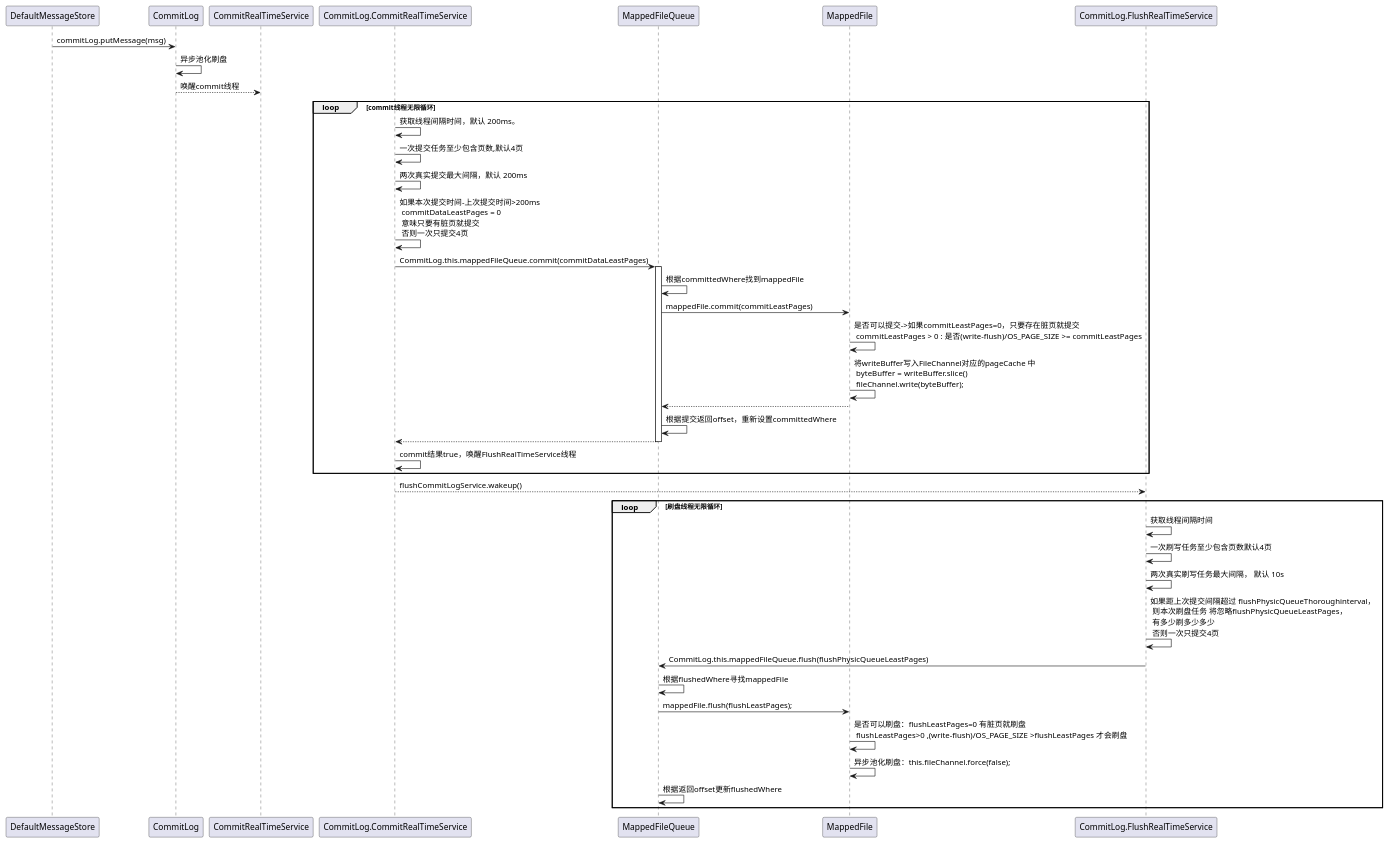
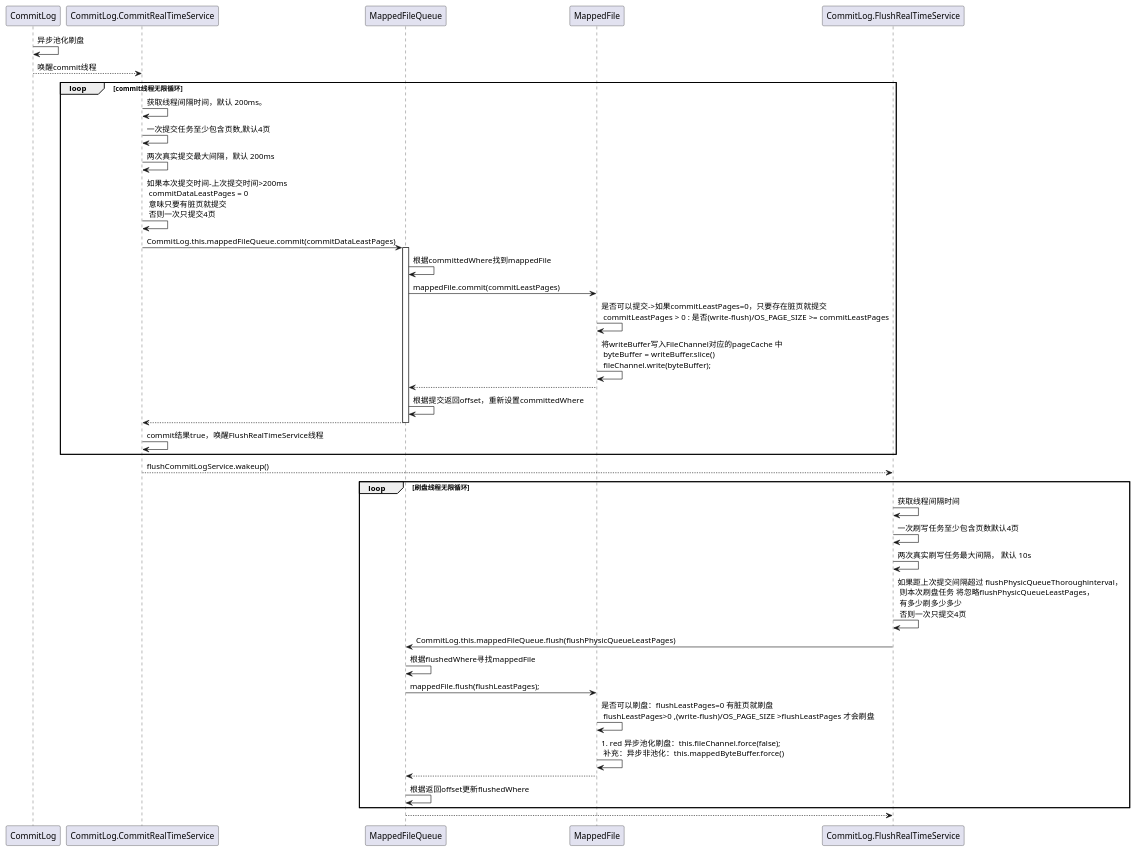
One commit to sybnfkn/java-chaotic changed the diagram in rocketmq/异步池化刷盘.puml. Above: the diagram before and after it, drawn with PlantUML.

```diff
--- a/rocketmq/异步池化刷盘.puml
+++ b/rocketmq/异步池化刷盘.puml
@@ -1,40 +1,41 @@
 @startuml
-DefaultMessageStore -> CommitLog:commitLog.putMessage(msg)
 CommitLog -> CommitLog:异步池化刷盘
-CommitLog --> CommitRealTimeService : 唤醒commit线程
+CommitLog --> CommitLog.CommitRealTimeService : 唤醒commit线程
 loop commit线程无限循环
 CommitLog.CommitRealTimeService -> CommitLog.CommitRealTimeService:获取线程间隔时间，默认 200ms。
 CommitLog.CommitRealTimeService -> CommitLog.CommitRealTimeService:一次提交任务至少包含页数,默认4页
 CommitLog.CommitRealTimeService -> CommitLog.CommitRealTimeService:两次真实提交最大间隔，默认 200ms
 CommitLog.CommitRealTimeService -> CommitLog.CommitRealTimeService:如果本次提交时间-上次提交时间>200ms \n commitDataLeastPages = 0 \n 意味只要有脏页就提交\n 否则一次只提交4页
 
 CommitLog.CommitRealTimeService -> MappedFileQueue:CommitLog.this.mappedFileQueue.commit(commitDataLeastPages)
 activate MappedFileQueue
 MappedFileQueue -> MappedFileQueue:根据committedWhere找到mappedFile
 MappedFileQueue -> MappedFile:mappedFile.commit(commitLeastPages)
 MappedFile -> MappedFile:是否可以提交->如果commitLeastPages=0，只要存在脏页就提交 \n commitLeastPages > 0 : 是否(write-flush)/OS_PAGE_SIZE >= commitLeastPages
 MappedFile -> MappedFile:将writeBuffer写入FileChannel对应的pageCache 中 \n byteBuffer = writeBuffer.slice()\n fileChannel.write(byteBuffer);
 MappedFile --> MappedFileQueue
 MappedFileQueue -> MappedFileQueue:根据提交返回offset，重新设置committedWhere
 MappedFileQueue --> CommitLog.CommitRealTimeService
 deactivate
 
 CommitLog.CommitRealTimeService -> CommitLog.CommitRealTimeService:commit结果true，唤醒FlushRealTimeService线程
 
 end
 
 CommitLog.CommitRealTimeService --> CommitLog.FlushRealTimeService:flushCommitLogService.wakeup()
 
 loop 刷盘线程无限循环
 CommitLog.FlushRealTimeService -> CommitLog.FlushRealTimeService:获取线程间隔时间
 CommitLog.FlushRealTimeService -> CommitLog.FlushRealTimeService:一次刷写任务至少包含页数默认4页
 CommitLog.FlushRealTimeService -> CommitLog.FlushRealTimeService:两次真实刷写任务最大间隔， 默认 10s
 CommitLog.FlushRealTimeService -> CommitLog.FlushRealTimeService:如果距上次提交间隔超过 flushPhysicQueueThoroughinterval，\n 则本次刷盘任务 将忽略flushPhysicQueueLeastPages，\n 有多少刷多少多少\n 否则一次只提交4页
 CommitLog.FlushRealTimeService -> MappedFileQueue:CommitLog.this.mappedFileQueue.flush(flushPhysicQueueLeastPages)
 MappedFileQueue -> MappedFileQueue:根据flushedWhere寻找mappedFile
 MappedFileQueue -> MappedFile:mappedFile.flush(flushLeastPages);
 MappedFile -> MappedFile:是否可以刷盘：flushLeastPages=0 有脏页就刷盘 \n flushLeastPages>0 ,(write-flush)/OS_PAGE_SIZE >flushLeastPages 才会刷盘
-MappedFile -> MappedFile:异步池化刷盘：this.fileChannel.force(false);
+MappedFile -> MappedFile:#red 异步池化刷盘：this.fileChannel.force(false); \n 补充：异步非池化：this.mappedByteBuffer.force()
+MappedFile --> MappedFileQueue
 MappedFileQueue -> MappedFileQueue:根据返回offset更新flushedWhere
 end
+MappedFileQueue --> CommitLog.FlushRealTimeService
 @enduml
```
